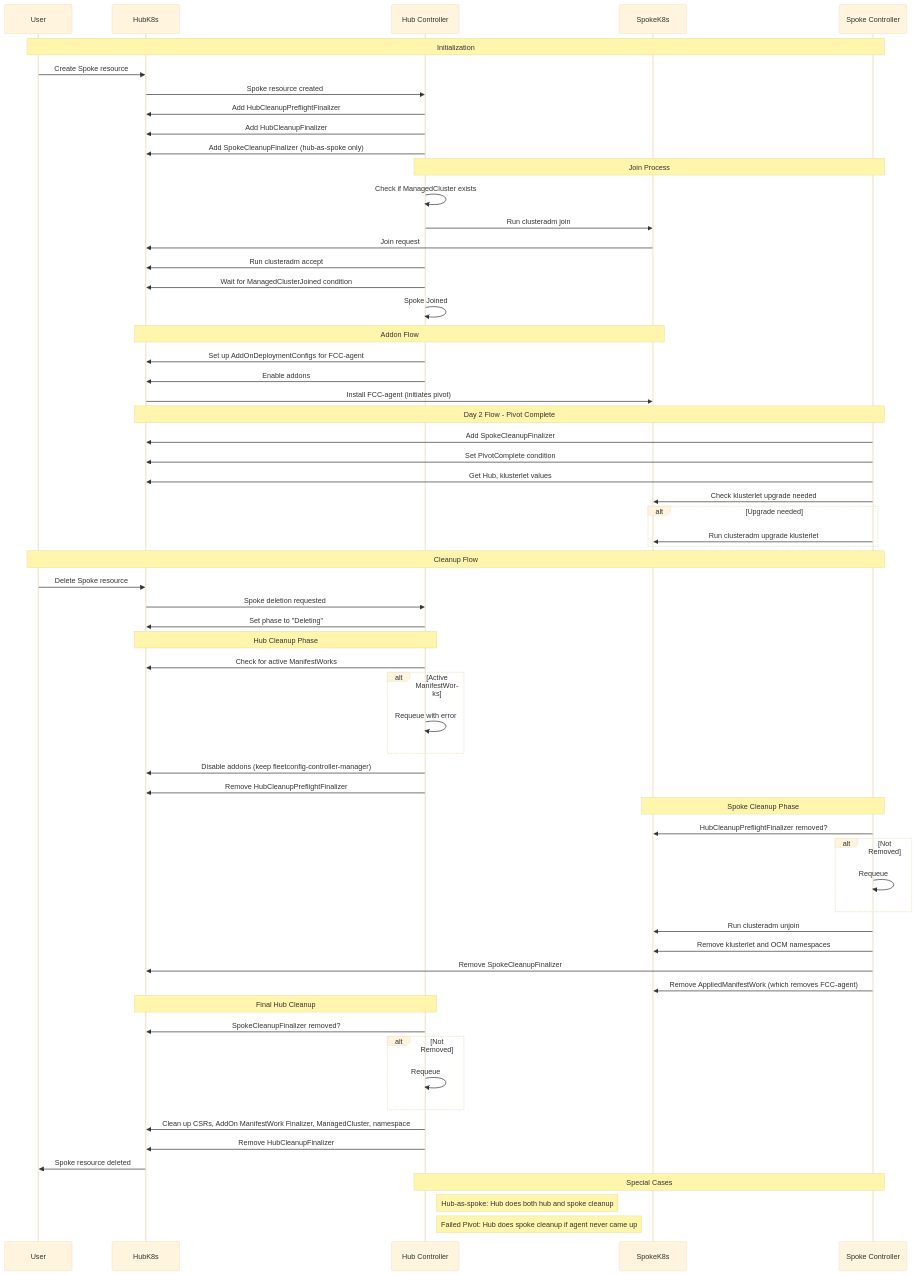
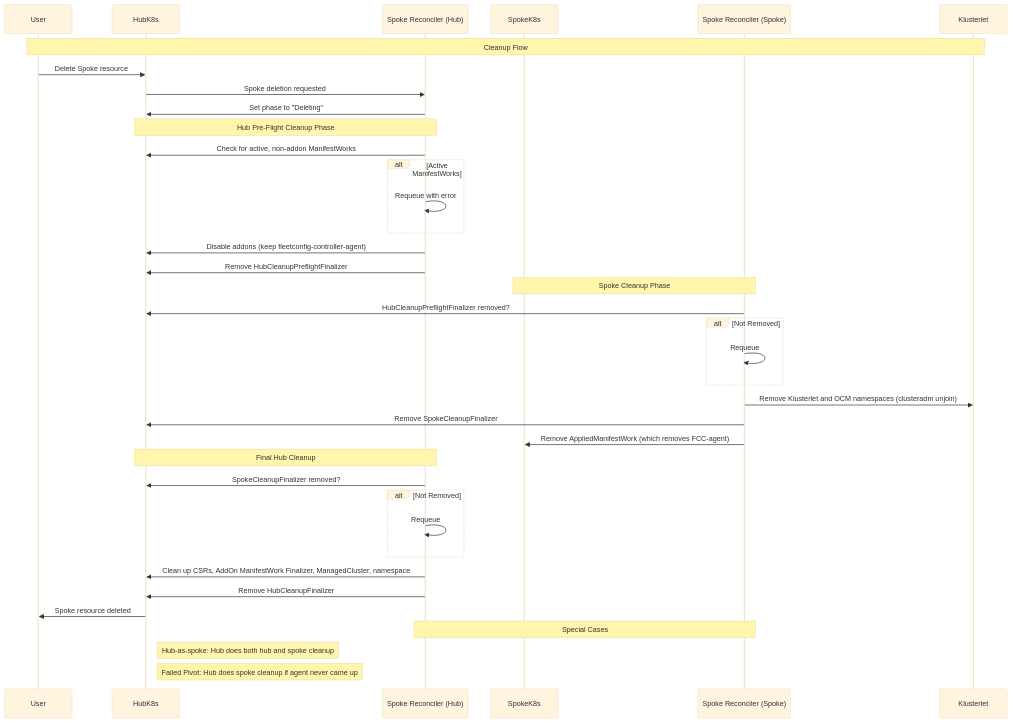
Before and after one commit to open-cluster-management-io/lab: the third of 4 diagrams in fleetconfig-controller/docs/2-phase-spoke-reconcile.md, drawn with Mermaid (base theme). The commit also changed other lines of this file and 1 other file, not shown here.

Commit message:
docs: update diagrams

````diff
--- a/fleetconfig-controller/docs/2-phase-spoke-reconcile.md
+++ b/fleetconfig-controller/docs/2-phase-spoke-reconcile.md
@@ -82,77 +146,46 @@
 ```mermaid
 sequenceDiagram
     participant User
     participant HubK8s
-    participant HubController as Hub Controller
+    participant HubController as Spoke Reconciler (Hub)
     participant SpokeK8s
-    participant SpokeController as Spoke Controller
+    participant SpokeController as Spoke Reconciler (Spoke)
+    participant Klusterlet
 
-    Note over User, SpokeController: Initialization
-
-    User->>HubK8s: Create Spoke resource
-    HubK8s->>HubController: Spoke resource created
-    HubController->>HubK8s: Add HubCleanupPreflightFinalizer
-    HubController->>HubK8s: Add HubCleanupFinalizer
-    HubController->>HubK8s: Add SpokeCleanupFinalizer (hub-as-spoke only)
-    
-
-    Note over HubController, SpokeController: Join Process
-    HubController->>HubController: Check if ManagedCluster exists
-    HubController->>SpokeK8s: Run clusteradm join
-    SpokeK8s->>HubK8s: Join request
-    HubController->>HubK8s: Run clusteradm accept
-    HubController->>HubK8s: Wait for ManagedClusterJoined condition
-    HubController->>HubController: Spoke Joined
-
-    Note over HubK8s, SpokeK8s: Addon Flow
-    HubController->>HubK8s: Set up AddOnDeploymentConfigs for FCC-agent
-    HubController->>HubK8s: Enable addons
-    HubK8s->>SpokeK8s: Install FCC-agent (initiates pivot)
-
-    Note over HubK8s, SpokeController: Day 2 Flow - Pivot Complete
-    SpokeController->>HubK8s: Add SpokeCleanupFinalizer
-    SpokeController->>HubK8s: Set PivotComplete condition
-    SpokeController->>HubK8s: Get Hub, klusterlet values
-    SpokeController->>SpokeK8s: Check klusterlet upgrade needed
-    alt Upgrade needed
-        SpokeController->>SpokeK8s: Run clusteradm upgrade klusterlet
-    end
-
-    Note over User, SpokeController: Cleanup Flow
+    Note over User, Klusterlet: Cleanup Flow
 
     User->>HubK8s: Delete Spoke resource
     HubK8s->>HubController: Spoke deletion requested
     HubController->>HubK8s: Set phase to "Deleting"
 
-    Note over HubK8s, HubController: Hub Cleanup Phase
-    HubController->>HubK8s: Check for active ManifestWorks
+    Note over HubK8s, HubController: Hub Pre-Flight Cleanup Phase
+    HubController->>HubK8s: Check for active, non-addon ManifestWorks
     alt Active ManifestWorks
         HubController->>HubController: Requeue with error
     end
-    HubController->>HubK8s: Disable addons (keep fleetconfig-controller-manager)
+    HubController->>HubK8s: Disable addons (keep fleetconfig-controller-agent)
     HubController->>HubK8s: Remove HubCleanupPreflightFinalizer
     
     Note over SpokeK8s, SpokeController: Spoke Cleanup Phase
-    SpokeController->>SpokeK8s: HubCleanupPreflightFinalizer removed?
+    SpokeController->>HubK8s: HubCleanupPreflightFinalizer removed?
     alt Not Removed
         SpokeController->>SpokeController: Requeue
     end
-    SpokeController->>SpokeK8s: Run clusteradm unjoin
-    SpokeController->>SpokeK8s: Remove klusterlet and OCM namespaces
+    SpokeController->>Klusterlet: Remove Klusterlet and OCM namespaces (clusteradm unjoin)
     SpokeController->>HubK8s: Remove SpokeCleanupFinalizer
     SpokeController->>SpokeK8s: Remove AppliedManifestWork (which removes FCC-agent)
 
     Note over HubK8s, HubController: Final Hub Cleanup
     HubController->>HubK8s: SpokeCleanupFinalizer removed?
     alt Not Removed
         HubController->>HubController: Requeue
     end
     HubController->>HubK8s: Clean up CSRs, AddOn ManifestWork Finalizer, ManagedCluster, namespace
     HubController->>HubK8s: Remove HubCleanupFinalizer
     
     HubK8s->>User: Spoke resource deleted
 
     Note over HubController, SpokeController: Special Cases
-    Note right of HubController: Hub-as-spoke: Hub does both hub and spoke cleanup
-    Note right of HubController: Failed Pivot: Hub does spoke cleanup if agent never came up
+    Note right of HubK8s: Hub-as-spoke: Hub does both hub and spoke cleanup
+    Note right of HubK8s: Failed Pivot: Hub does spoke cleanup if agent never came up
 ```
````
